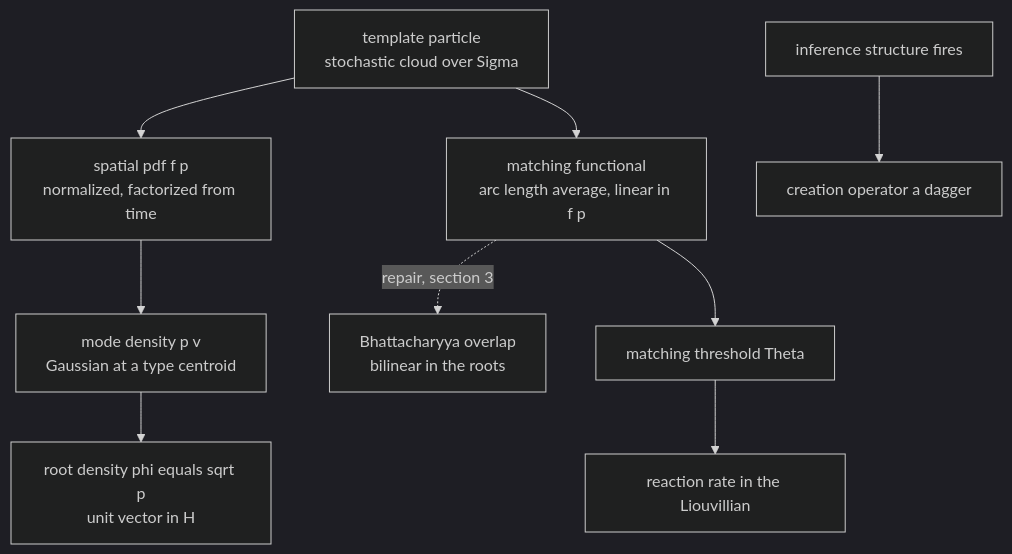
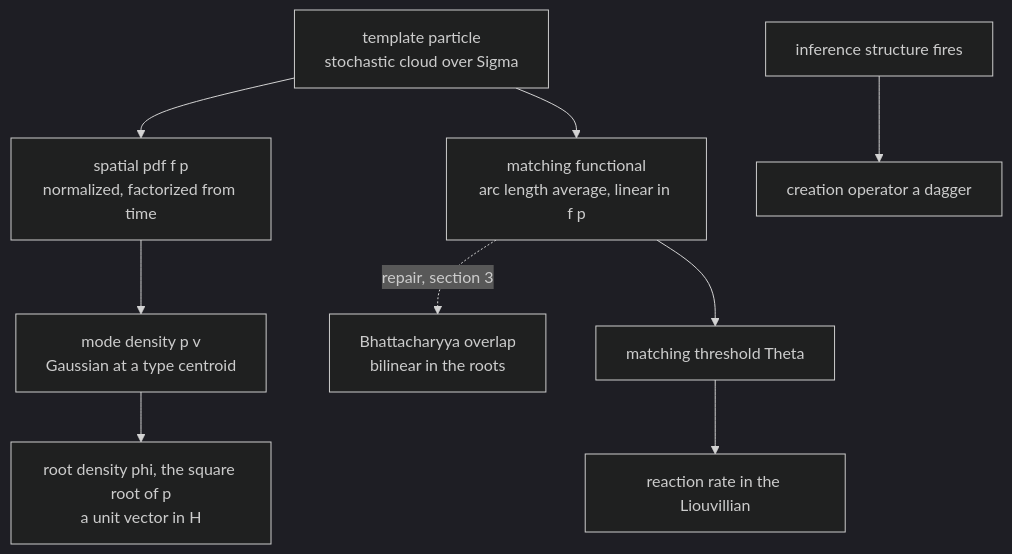
Before and after one commit to dimitarpg13/semsimula-paper: the diagram in companion_notes/Semantic_Templates_as_Doi_Peliti_Reactions.md, drawn with Mermaid (dark theme). The commit also changed 1 other file, not shown here.

Commit message:
update markdown

````diff
--- a/companion_notes/Semantic_Templates_as_Doi_Peliti_Reactions.md
+++ b/companion_notes/Semantic_Templates_as_Doi_Peliti_Reactions.md
@@ -40,21 +40,21 @@
 ```mermaid
 flowchart TD
     A["template particle<br>stochastic cloud over Sigma"]
     B["spatial pdf f p<br>normalized, factorized from time"]
     C["mode density p v<br>Gaussian at a type centroid"]
-    D["root density phi equals sqrt p<br>unit vector in H"]
+    D["root density phi, the square root of p<br>a unit vector in H"]
     E["matching functional<br>arc length average, linear in f p"]
     F["Bhattacharyya overlap<br>bilinear in the roots"]
     G["matching threshold Theta"]
     H["reaction rate in the Liouvillian"]
     I["inference structure fires"]
     J["creation operator a dagger"]
     A --> B
     B --> C
     C --> D
     A --> E
     E -.->|repair, section 3| F
     G --> H
     I --> J
     E --> G
 ```
````
